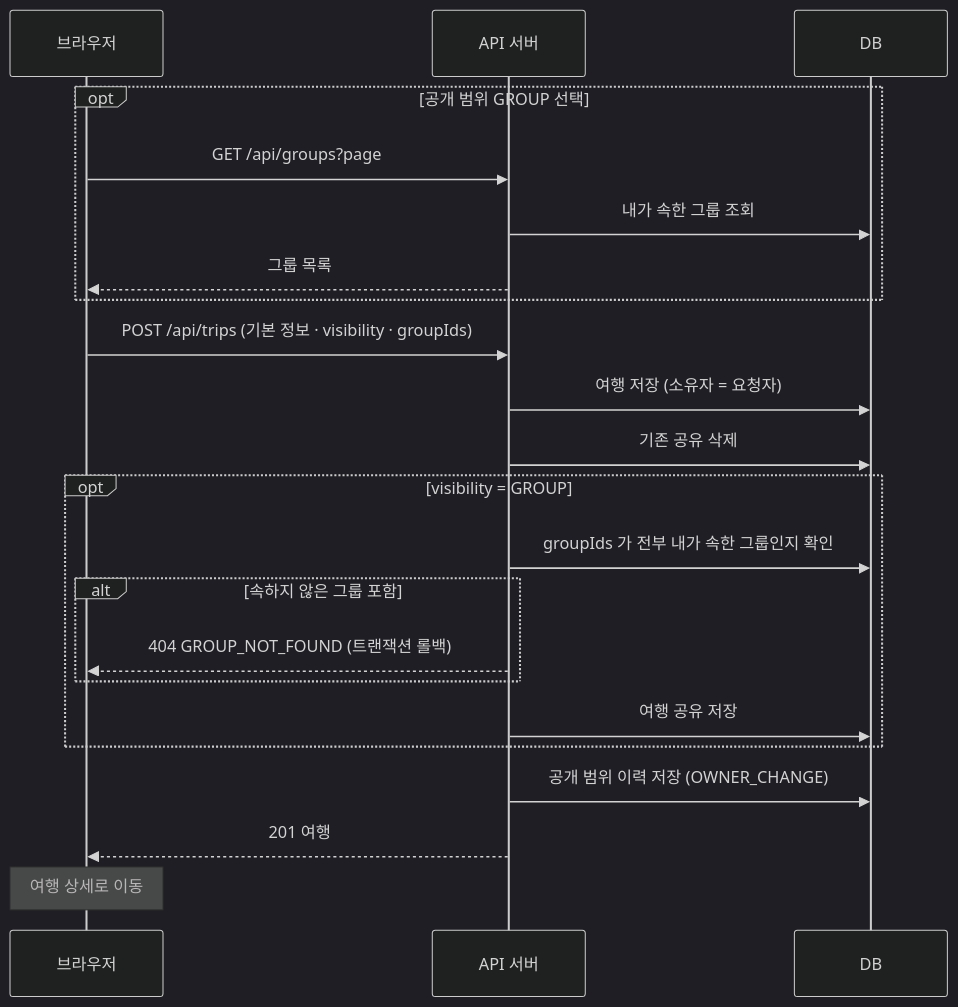
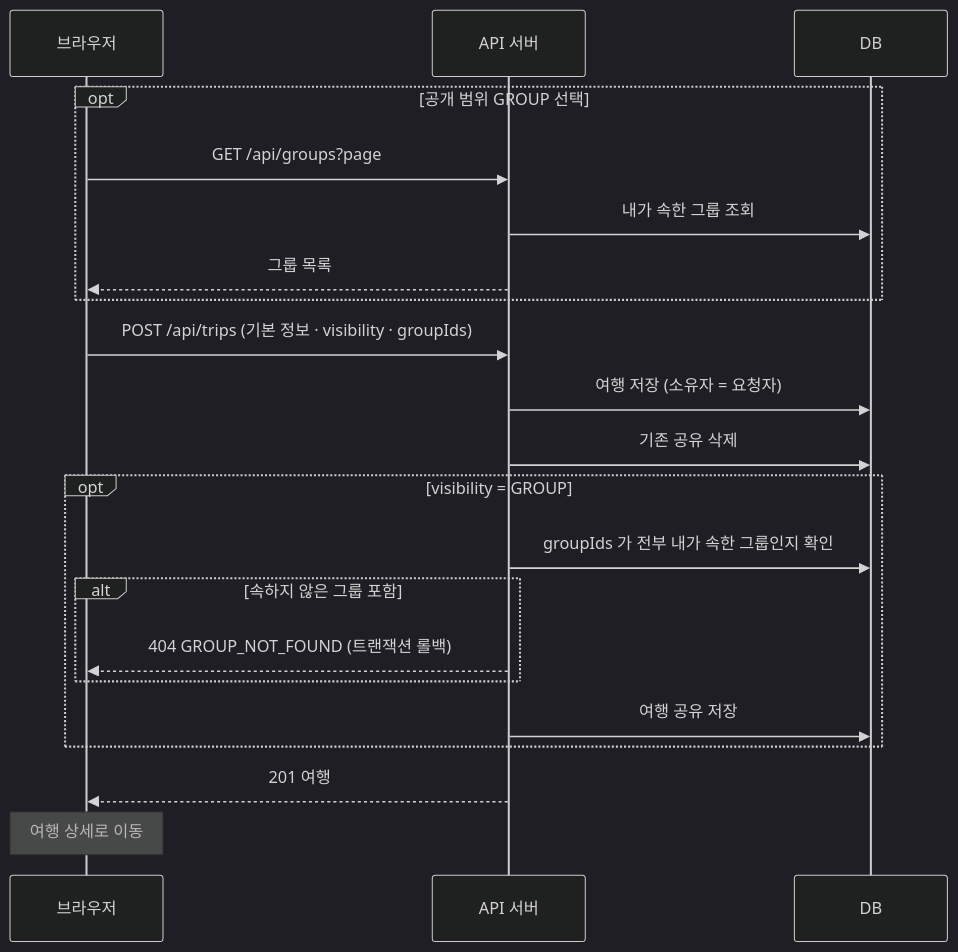
The third of 11 diagrams in docs/flow-sequence.md (jinyong-go/travel-recorder), drawn with Mermaid (dark theme) before and after one commit. The commit also changed other lines of this file and 15 other files, not shown here.

````diff
--- a/docs/flow-sequence.md
+++ b/docs/flow-sequence.md
@@ -76,26 +76,25 @@
 ```mermaid
 sequenceDiagram
     participant B as 브라우저
     participant A as API 서버
     participant D as DB
 
     opt 공개 범위 GROUP 선택
         B->>A: GET /api/groups?page
         A->>D: 내가 속한 그룹 조회
         A-->>B: 그룹 목록
     end
 
     B->>A: POST /api/trips (기본 정보 · visibility · groupIds)
     A->>D: 여행 저장 (소유자 = 요청자)
     A->>D: 기존 공유 삭제
     opt visibility = GROUP
         A->>D: groupIds 가 전부 내가 속한 그룹인지 확인
         alt 속하지 않은 그룹 포함
             A-->>B: 404 GROUP_NOT_FOUND (트랜잭션 롤백)
         end
         A->>D: 여행 공유 저장
     end
-    A->>D: 공개 범위 이력 저장 (OWNER_CHANGE)
     A-->>B: 201 여행
     Note over B: 여행 상세로 이동
 ```
````
